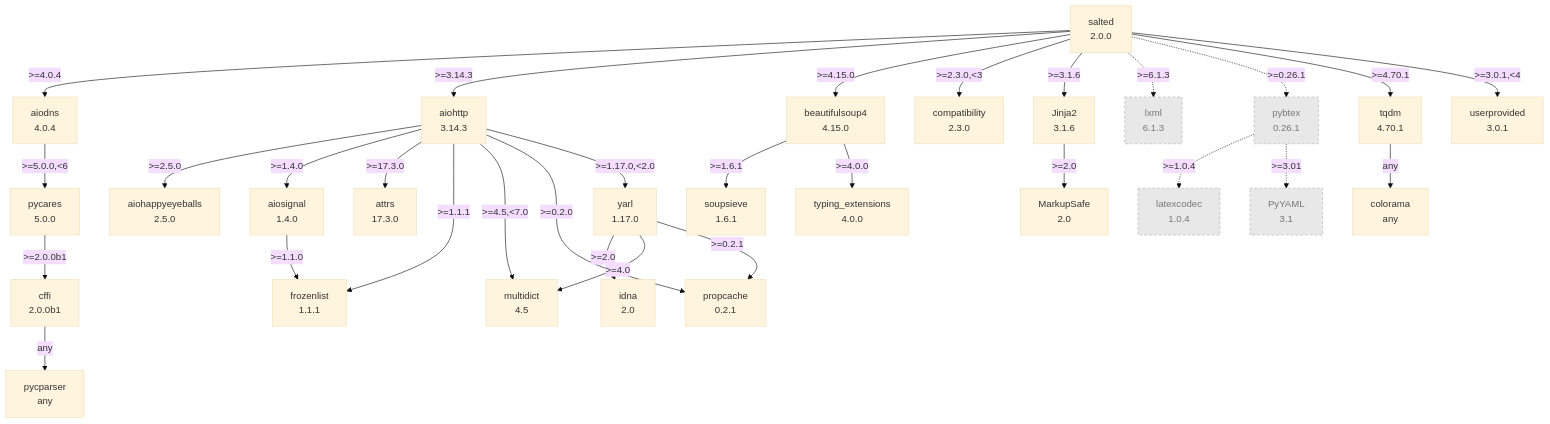
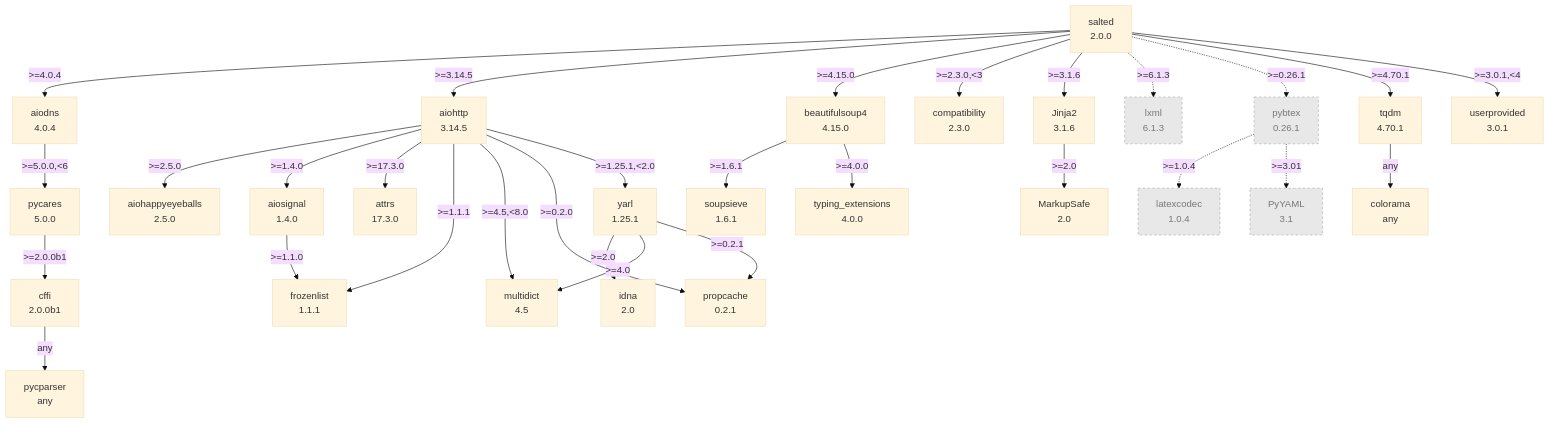
The diagram in documentation/dependency-graph-diagram.md (RuedigerVoigt/salted), drawn with Mermaid (base theme) before and after one commit. The commit also changed 13 other files, not shown here.

````diff
--- a/documentation/dependency-graph-diagram.md
+++ b/documentation/dependency-graph-diagram.md
@@ -3,61 +3,61 @@
 ```mermaid
 flowchart TD
     classDef missing stroke-dasharray: 5
     classDef optional fill:#e8e8e8,stroke:#aaaaaa,color:#777777,stroke-dasharray:4
     aiodns["aiodns<br/>4.0.4"]
     aiohappyeyeballs["aiohappyeyeballs<br/>2.5.0"]
-    aiohttp["aiohttp<br/>3.14.3"]
+    aiohttp["aiohttp<br/>3.14.5"]
     aiosignal["aiosignal<br/>1.4.0"]
     attrs["attrs<br/>17.3.0"]
     beautifulsoup4["beautifulsoup4<br/>4.15.0"]
     cffi["cffi<br/>2.0.0b1"]
     colorama["colorama<br/>any"]
     compatibility["compatibility<br/>2.3.0"]
     frozenlist["frozenlist<br/>1.1.1"]
     idna["idna<br/>2.0"]
     jinja2["Jinja2<br/>3.1.6"]
     latexcodec["latexcodec<br/>1.0.4"]:::optional
     lxml["lxml<br/>6.1.3"]:::optional
     markupsafe["MarkupSafe<br/>2.0"]
     multidict["multidict<br/>4.5"]
     propcache["propcache<br/>0.2.1"]
     pybtex["pybtex<br/>0.26.1"]:::optional
     pycares["pycares<br/>5.0.0"]
     pycparser["pycparser<br/>any"]
     pyyaml["PyYAML<br/>3.1"]:::optional
     salted["salted<br/>2.0.0"]
     soupsieve["soupsieve<br/>1.6.1"]
     tqdm["tqdm<br/>4.70.1"]
     typing-extensions["typing_extensions<br/>4.0.0"]
     userprovided["userprovided<br/>3.0.1"]
-    yarl["yarl<br/>1.17.0"]
+    yarl["yarl<br/>1.25.1"]
     aiodns -- ">=5.0.0,<6" --> pycares
     aiohttp -- ">=2.5.0" --> aiohappyeyeballs
     aiohttp -- ">=1.4.0" --> aiosignal
     aiohttp -- ">=17.3.0" --> attrs
     aiohttp -- ">=1.1.1" --> frozenlist
-    aiohttp -- ">=4.5,<7.0" --> multidict
+    aiohttp -- ">=4.5,<8.0" --> multidict
     aiohttp -- ">=0.2.0" --> propcache
-    aiohttp -- ">=1.17.0,<2.0" --> yarl
+    aiohttp -- ">=1.25.1,<2.0" --> yarl
     aiosignal -- ">=1.1.0" --> frozenlist
     beautifulsoup4 -- ">=1.6.1" --> soupsieve
     beautifulsoup4 -- ">=4.0.0" --> typing-extensions
     cffi -- "any" --> pycparser
     jinja2 -- ">=2.0" --> markupsafe
     pybtex -. ">=1.0.4" .-> latexcodec
     pybtex -. ">=3.01" .-> pyyaml
     pycares -- ">=2.0.0b1" --> cffi
     salted -- ">=4.0.4" --> aiodns
-    salted -- ">=3.14.3" --> aiohttp
+    salted -- ">=3.14.5" --> aiohttp
     salted -- ">=4.15.0" --> beautifulsoup4
     salted -- ">=2.3.0,<3" --> compatibility
     salted -- ">=3.1.6" --> jinja2
     salted -. ">=6.1.3" .-> lxml
     salted -. ">=0.26.1" .-> pybtex
     salted -- ">=4.70.1" --> tqdm
     salted -- ">=3.0.1,<4" --> userprovided
     tqdm -- "any" --> colorama
     yarl -- ">=2.0" --> idna
     yarl -- ">=4.0" --> multidict
     yarl -- ">=0.2.1" --> propcache
 ```
````
